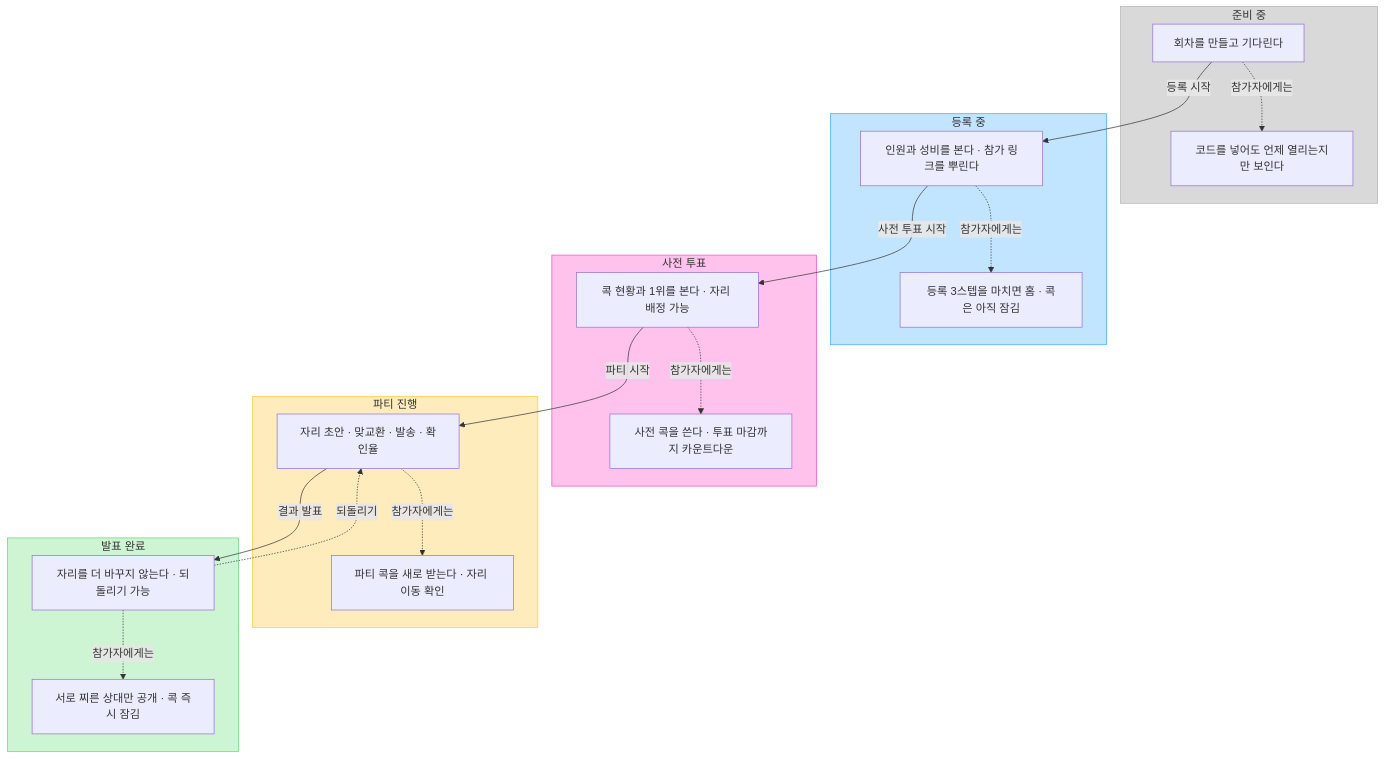
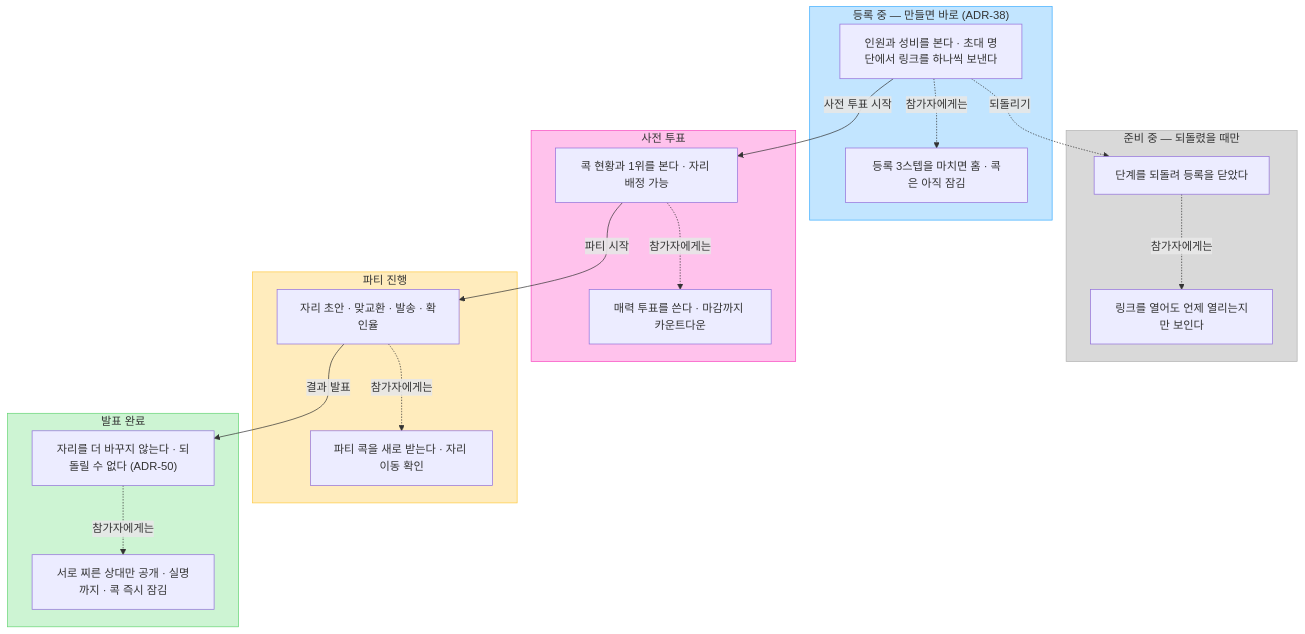
Before and after one commit to xcellentbird/tone-pick: the fifth of 6 diagrams in docs/USER-FLOWS.md, drawn with Mermaid. The commit also changed other lines of this file and 9 other files, not shown here.

````diff
--- a/docs/USER-FLOWS.md
+++ b/docs/USER-FLOWS.md
@@ -226,41 +234,40 @@
 ```mermaid
 flowchart TD
-    subgraph p1 ["준비 중"]
-        h1["회차를 만들고 기다린다"]
-        g1["코드를 넣어도 언제 열리는지만 보인다"]
+    subgraph p1 ["준비 중 — 되돌렸을 때만"]
+        h1["단계를 되돌려 등록을 닫았다"]
+        g1["링크를 열어도 언제 열리는지만 보인다"]
     end
-    subgraph p2 ["등록 중"]
-        h2["인원과 성비를 본다 · 참가 링크를 뿌린다"]
+    subgraph p2 ["등록 중 — 만들면 바로 (ADR-38)"]
+        h2["인원과 성비를 본다 · 초대 명단에서 링크를 하나씩 보낸다"]
         g2["등록 3스텝을 마치면 홈 · 콕은 아직 잠김"]
     end
     subgraph p3 ["사전 투표"]
         h3["콕 현황과 1위를 본다 · 자리 배정 가능"]
-        g3["사전 콕을 쓴다 · 투표 마감까지 카운트다운"]
+        g3["매력 투표를 쓴다 · 마감까지 카운트다운"]
     end
     subgraph p4 ["파티 진행"]
         h4["자리 초안 · 맞교환 · 발송 · 확인율"]
         g4["파티 콕을 새로 받는다 · 자리 이동 확인"]
     end
     subgraph p5 ["발표 완료"]
-        h5["자리를 더 바꾸지 않는다 · 되돌리기 가능"]
-        g5["서로 찌른 상대만 공개 · 콕 즉시 잠김"]
+        h5["자리를 더 바꾸지 않는다 · 되돌릴 수 없다 (ADR-50)"]
+        g5["서로 찌른 상대만 공개 · 실명까지 · 콕 즉시 잠김"]
     end
 
-    h1 -->|"등록 시작"| h2
+    h2 -.->|"되돌리기"| h1
     h2 -->|"사전 투표 시작"| h3
     h3 -->|"파티 시작"| h4
     h4 -->|"결과 발표"| h5
-    h5 -.->|"되돌리기"| h4
 
     h1 -.->|"참가자에게는"| g1
     h2 -.->|"참가자에게는"| g2
     h3 -.->|"참가자에게는"| g3
     h4 -.->|"참가자에게는"| g4
     h5 -.->|"참가자에게는"| g5
 
     style p1 fill:#D9D9D9,stroke:#B3B3B3
     style p2 fill:#C2E5FF,stroke:#3DADFF
     style p3 fill:#FFC2EC,stroke:#F849C1
     style p4 fill:#FFECBD,stroke:#FFC943
     style p5 fill:#CDF4D3,stroke:#66D575
 ```
````
